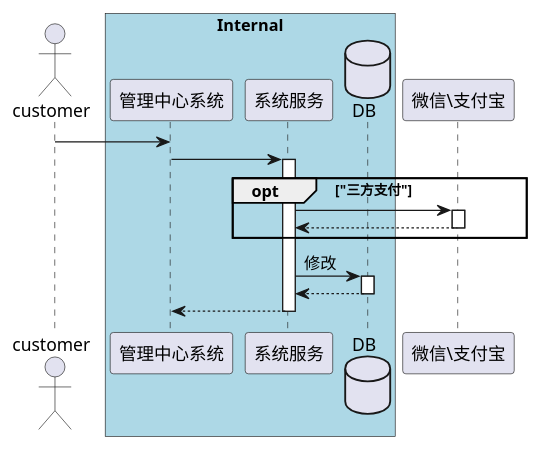
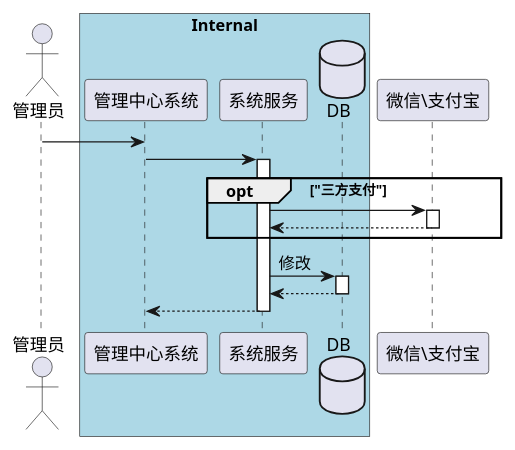
Before and after one commit to guxiaogang/arch-training-camp: the diagram in home_work/week1/deploy_adm_seq.puml, drawn with PlantUML. The commit also changed 2 other files, not shown here.

```diff
--- a/home_work/week1/deploy_adm_seq.puml
+++ b/home_work/week1/deploy_adm_seq.puml
@@ -1,28 +1,28 @@
 @startuml
-    actor customer
+    actor 管理员 as admin
     box "Internal" #LightBlue
     participant 管理中心系统 as admin_sys
     participant 系统服务 as service
     database DB
     end box
     participant "微信\支付宝" as pay
 
-    customer -> admin_sys
+    admin -> admin_sys
     admin_sys->service
     activate service
 
     opt "三方支付"
     service -> pay
     activate pay
     pay --> service
     deactivate pay
     end
 
     service -> DB :修改
     activate DB
     DB --> service
     deactivate DB
     service --> admin_sys
     deactivate service
 
 @enduml
```
